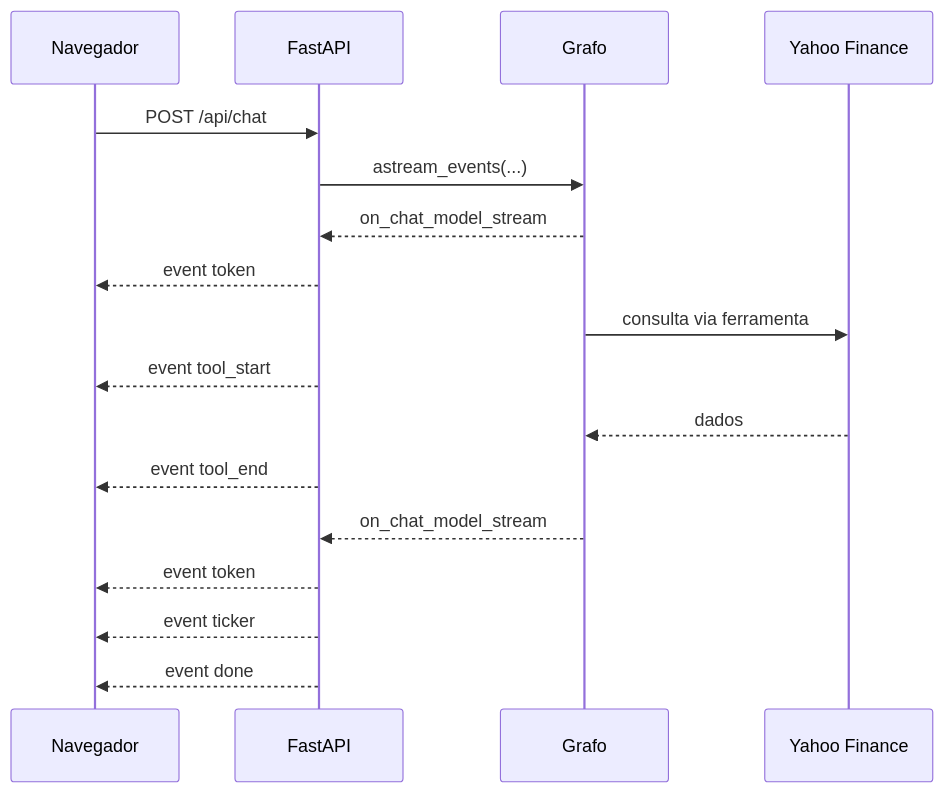
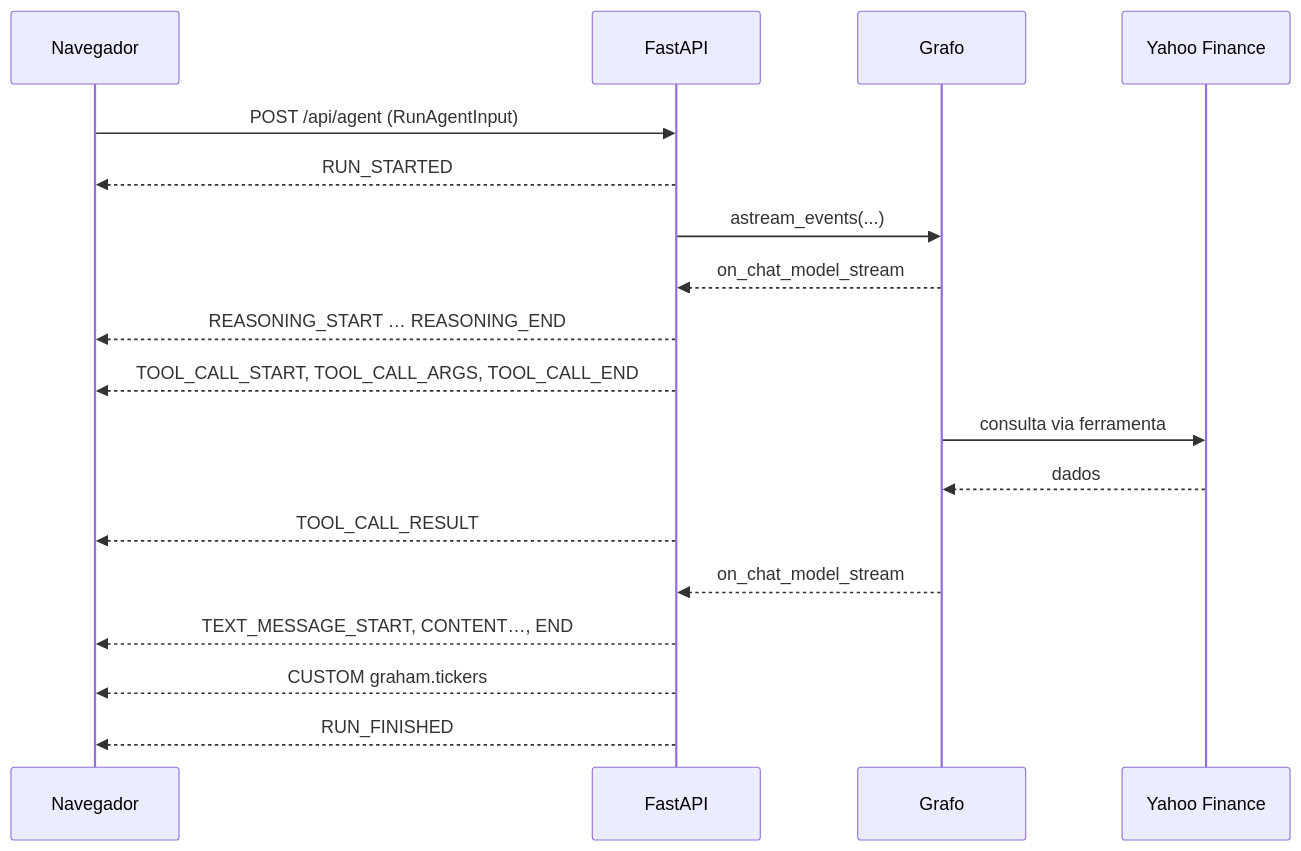
The second of 2 diagrams in README.md (MattMota/graham-agent), drawn with Mermaid before and after one commit. The commit also changed other lines of this file and 12 other files, not shown here.

````diff
--- a/README.md
+++ b/README.md
@@ -387,20 +402,21 @@
 ```mermaid
 sequenceDiagram
     participant N as Navegador
     participant S as FastAPI
     participant G as Grafo
     participant Y as Yahoo Finance
 
-    N->>S: POST /api/chat
+    N->>S: POST /api/agent (RunAgentInput)
+    S-->>N: RUN_STARTED
     S->>G: astream_events(...)
     G-->>S: on_chat_model_stream
-    S-->>N: event token
+    S-->>N: REASONING_START … REASONING_END
+    S-->>N: TOOL_CALL_START, TOOL_CALL_ARGS, TOOL_CALL_END
     G->>Y: consulta via ferramenta
-    S-->>N: event tool_start
     Y-->>G: dados
-    S-->>N: event tool_end
+    S-->>N: TOOL_CALL_RESULT
     G-->>S: on_chat_model_stream
-    S-->>N: event token
-    S-->>N: event ticker
-    S-->>N: event done
+    S-->>N: TEXT_MESSAGE_START, CONTENT…, END
+    S-->>N: CUSTOM graham.tickers
+    S-->>N: RUN_FINISHED
 ```
````
